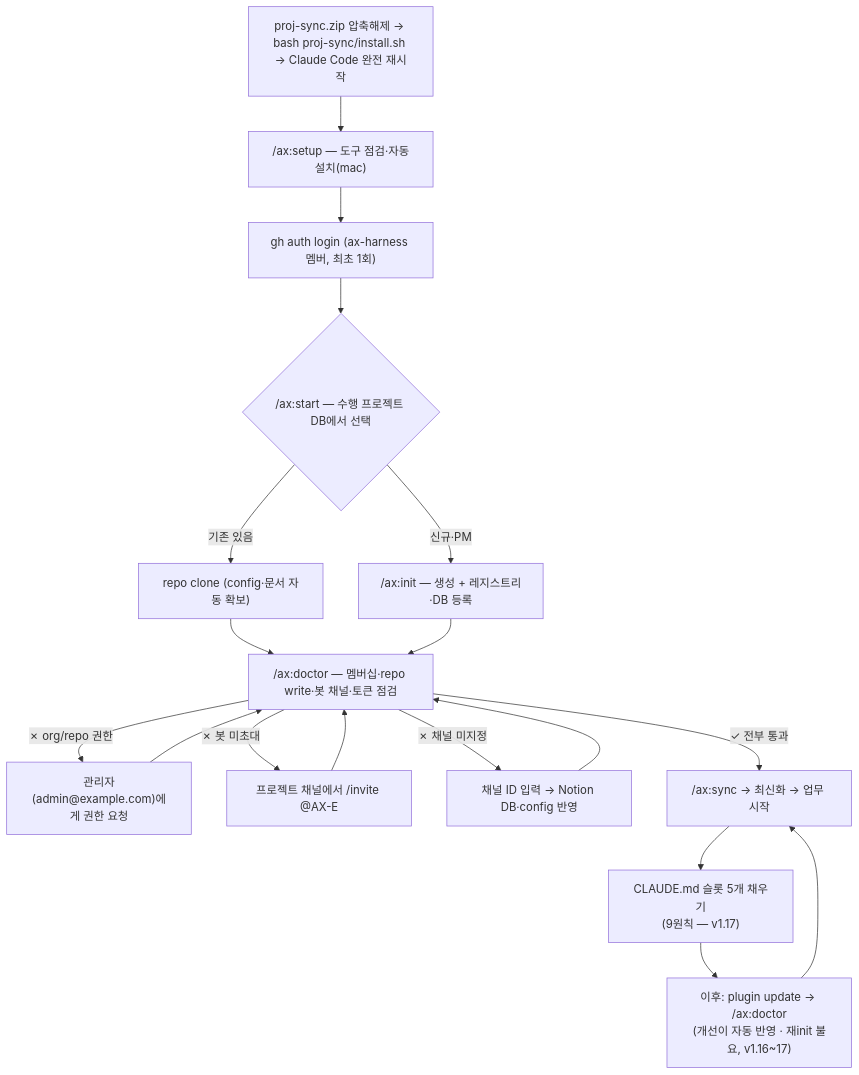
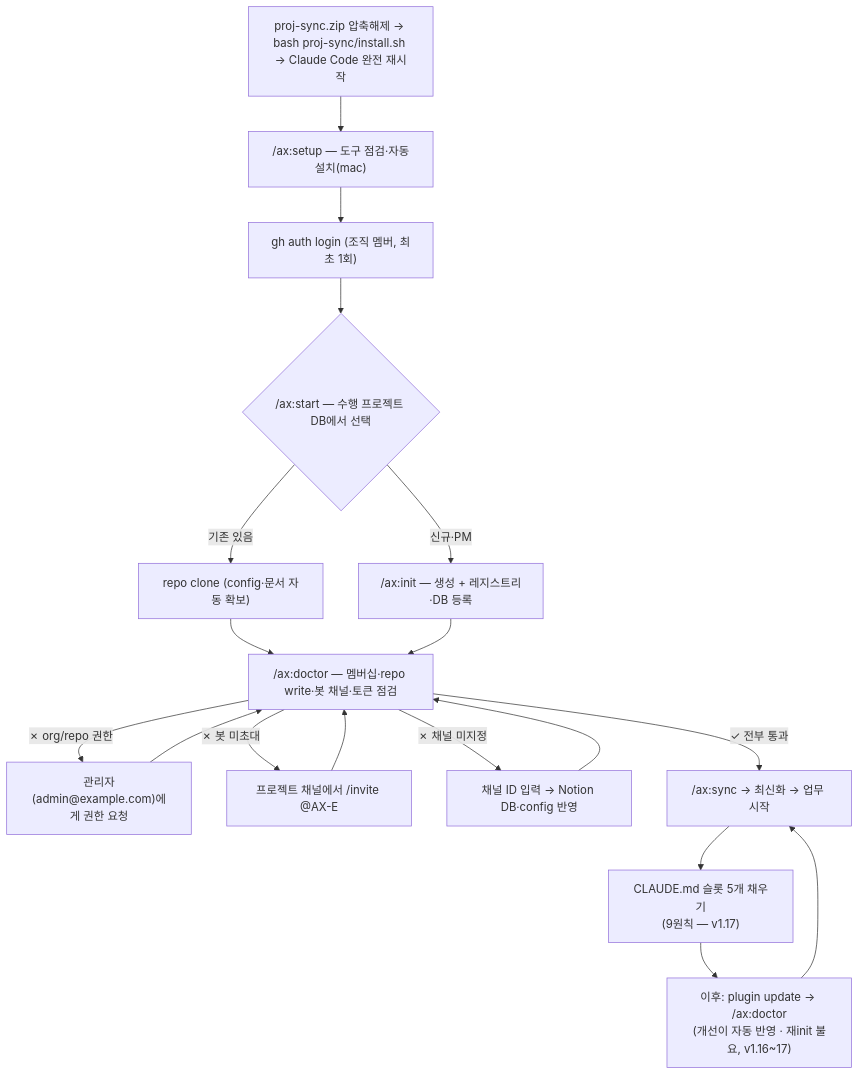
The first of 2 diagrams in docs/notion/onboarding-guide.md (hank-netpg/proj-sync-harness), drawn with Mermaid before and after one commit. The commit also changed other lines of this file and 21 other files, not shown here.

````diff
--- a/docs/notion/onboarding-guide.md
+++ b/docs/notion/onboarding-guide.md
@@ -15,20 +15,20 @@
 ```mermaid
 flowchart TD
     A["proj-sync.zip 압축해제 → bash proj-sync/install.sh → Claude Code 완전 재시작"] --> B["/ax:setup — 도구 점검·자동설치(mac)"]
-    B --> C["gh auth login (ax-harness 멤버, 최초 1회)"]
+    B --> C["gh auth login (조직 멤버, 최초 1회)"]
     C --> D{"/ax:start — 수행 프로젝트 DB에서 선택"}
     D -->|기존 있음| E["repo clone (config·문서 자동 확보)"]
     D -->|신규·PM| F["/ax:init — 생성 + 레지스트리·DB 등록"]
     E --> G["/ax:doctor — 멤버십·repo write·봇 채널·토큰 점검"]
     F --> G
     G -->|✗ org/repo 권한| H["관리자(admin@example.com)에게 권한 요청"]
     G -->|✗ 봇 미초대| I["프로젝트 채널에서 /invite @AX-E"]
     G -->|✗ 채널 미지정| J["채널 ID 입력 → Notion DB·config 반영"]
     H --> G
     I --> G
     J --> G
     G -->|✓ 전부 통과| K["/ax:sync → 최신화 → 업무 시작"]
     K --> M["CLAUDE.md 슬롯 5개 채우기<br/>(9원칙 — v1.17)"]
     M --> L["이후: plugin update → /ax:doctor<br/>(개선이 자동 반영 · 재init 불요, v1.16~17)"]
     L --> K
 ```
````
